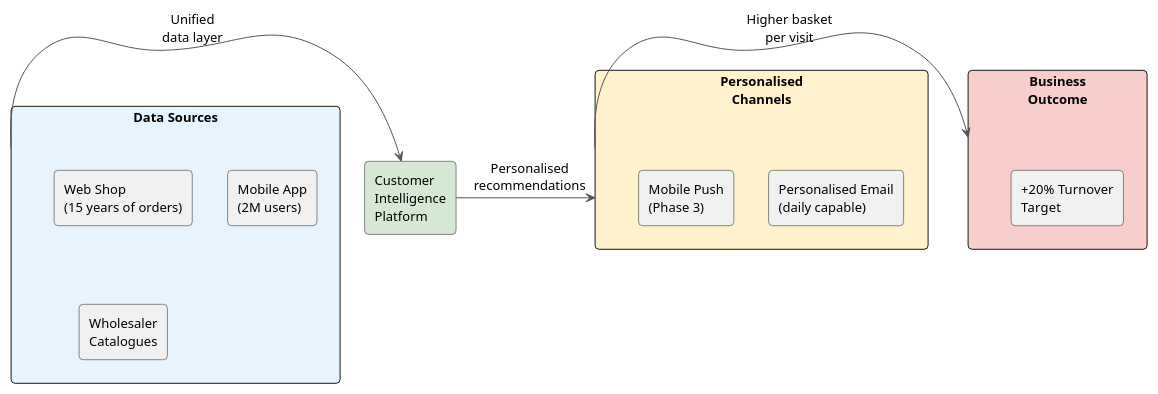
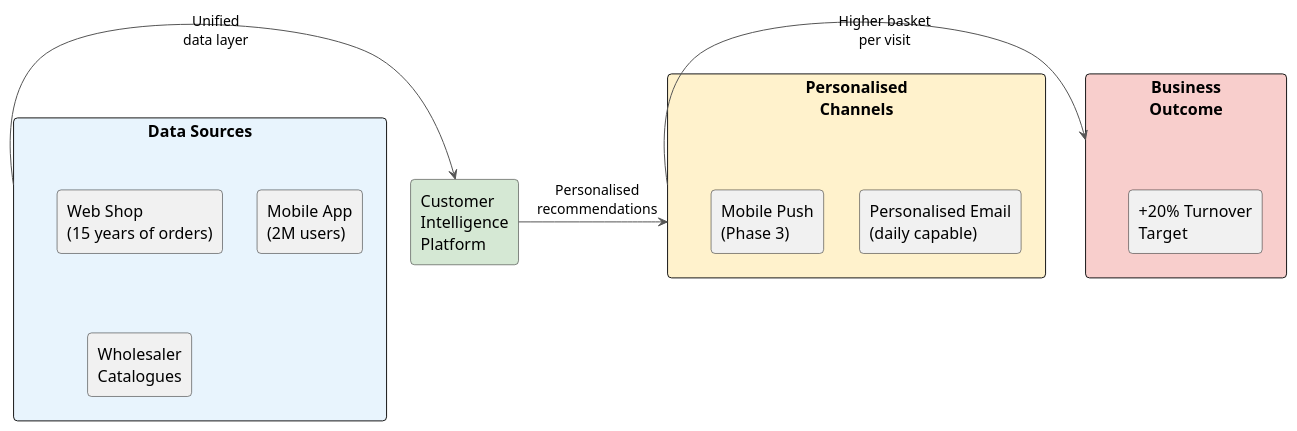
The diagram in 02/docs/solution-design-proposal.adoc (mosurekImagination/solution-architecture-case-studies), drawn with PlantUML before and after one commit. The commit also changed other lines of this file and 35 other files, not shown here.

```diff
--- a/02/docs/solution-design-proposal.adoc
+++ b/02/docs/solution-design-proposal.adoc
@@ -107,31 +107,32 @@
 [plantuml, case02-proposal-value-chain, svg]
 ----
 @startuml
-skinparam defaultFontSize 13
+skinparam defaultFontSize 16
 skinparam defaultFontName Arial
 skinparam ArrowColor #555555
+skinparam ArrowFontSize 14
 skinparam RoundCorner 8
 
 rectangle "Data Sources" as sources #E8F4FD {
   rectangle "Web Shop\n(15 years of orders)" as web
   rectangle "Mobile App\n(2M users)" as mobile
   rectangle "Wholesaler\nCatalogues" as suppliers
 }
 
 rectangle "Customer\nIntelligence\nPlatform" as platform #D5E8D4
 
 rectangle "Personalised\nChannels" as channels #FFF2CC {
   rectangle "Personalised Email\n(daily capable)" as email
   rectangle "Mobile Push\n(Phase 3)" as push
 }
 
 rectangle "Business\nOutcome" as outcome #F8CECC {
   rectangle "+20% Turnover\nTarget" as turnover
 }
 
 sources -right-> platform : Unified\ndata layer
 platform -right-> channels : Personalised\nrecommendations
 channels -right-> outcome : Higher basket\nper visit
 
 @enduml
 ----
```
